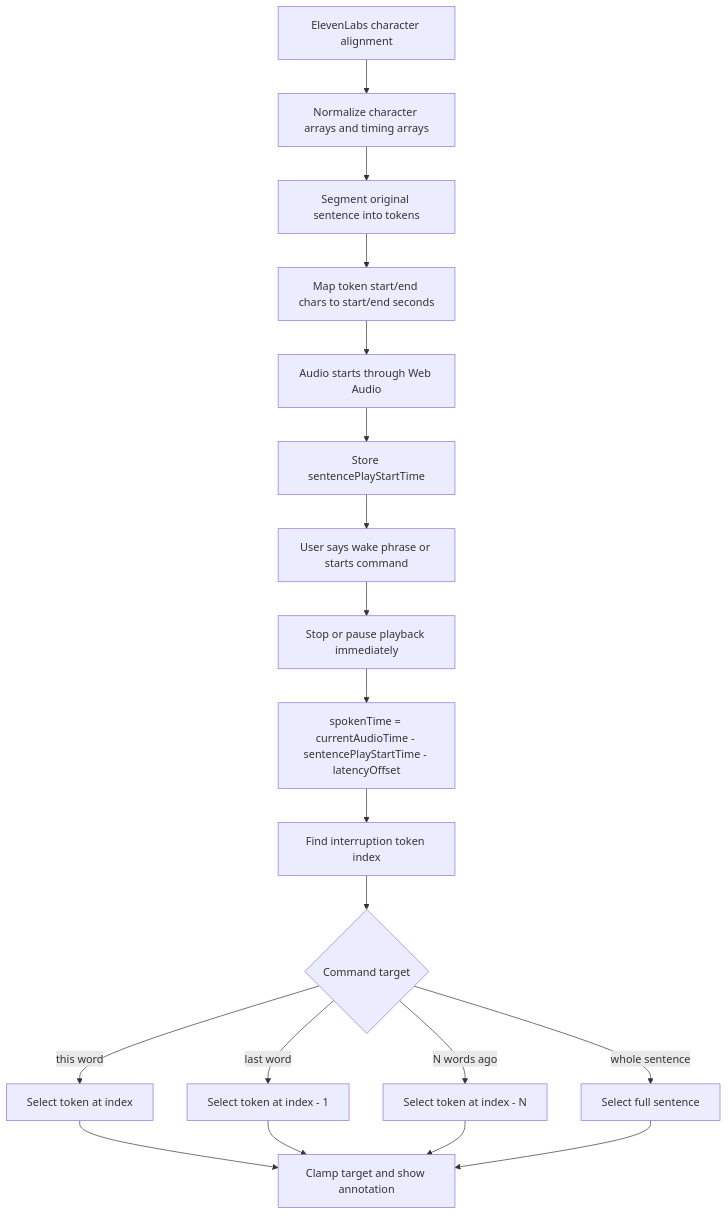
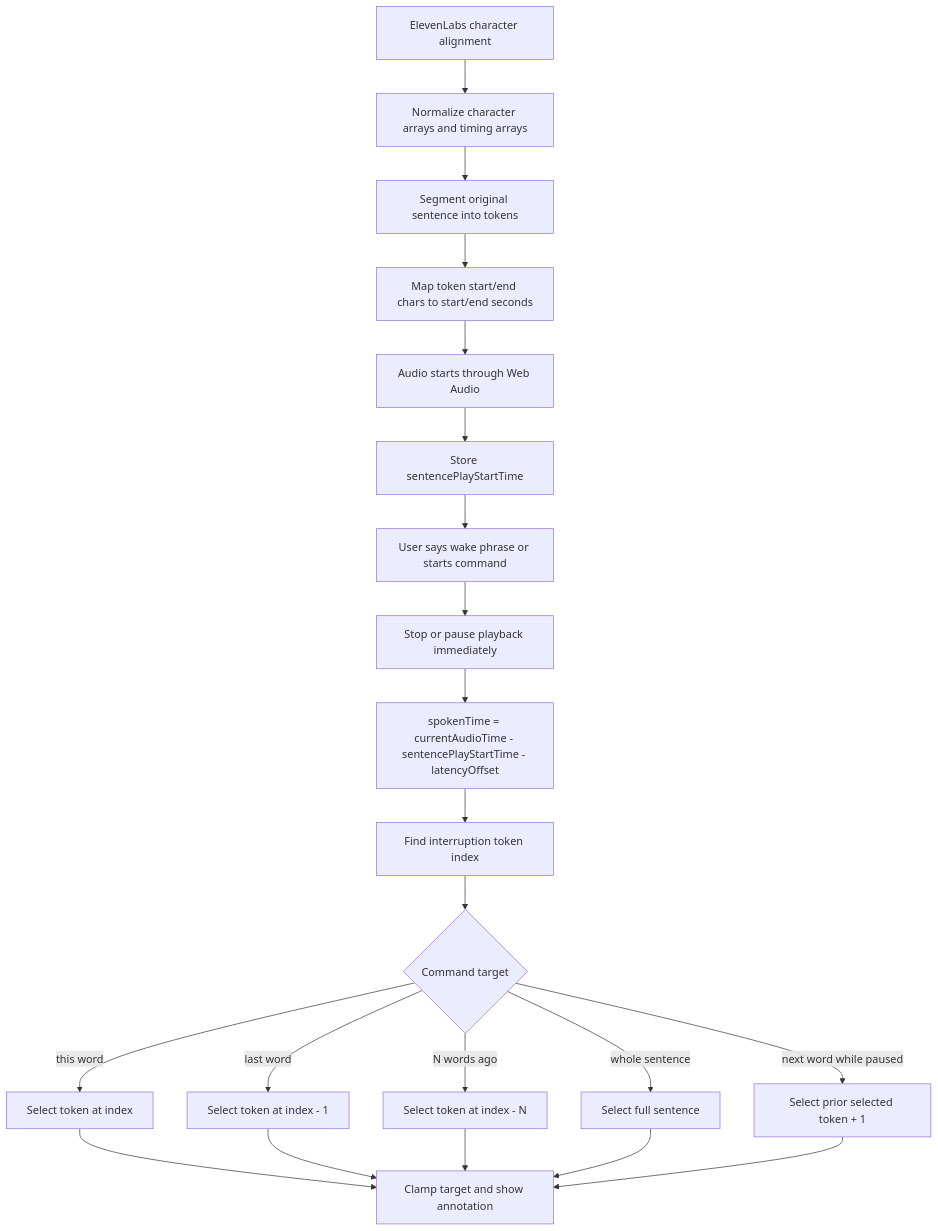
One commit to yc1838/LangStop changed the fourth of 10 diagrams in docs/interaction-workflows.md. Above: the diagram before and after it, drawn with Mermaid. The commit also changed other lines of this file and 17 other files, not shown here.

````diff
--- a/docs/interaction-workflows.md
+++ b/docs/interaction-workflows.md
@@ -72,21 +76,23 @@
 ```mermaid
 flowchart TD
     A["ElevenLabs character alignment"] --> B["Normalize character arrays and timing arrays"]
     B --> C["Segment original sentence into tokens"]
     C --> D["Map token start/end chars to start/end seconds"]
     D --> E["Audio starts through Web Audio"]
     E --> F["Store sentencePlayStartTime"]
     F --> G["User says wake phrase or starts command"]
     G --> H["Stop or pause playback immediately"]
     H --> I["spokenTime = currentAudioTime - sentencePlayStartTime - latencyOffset"]
     I --> J["Find interruption token index"]
     J --> K{"Command target"}
     K -->|"this word"| L["Select token at index"]
     K -->|"last word"| M["Select token at index - 1"]
     K -->|"N words ago"| N["Select token at index - N"]
     K -->|"whole sentence"| O["Select full sentence"]
+    K -->|"next word while paused"| Q["Select prior selected token + 1"]
     L --> P["Clamp target and show annotation"]
     M --> P
     N --> P
     O --> P
+    Q --> P
 ```
````
